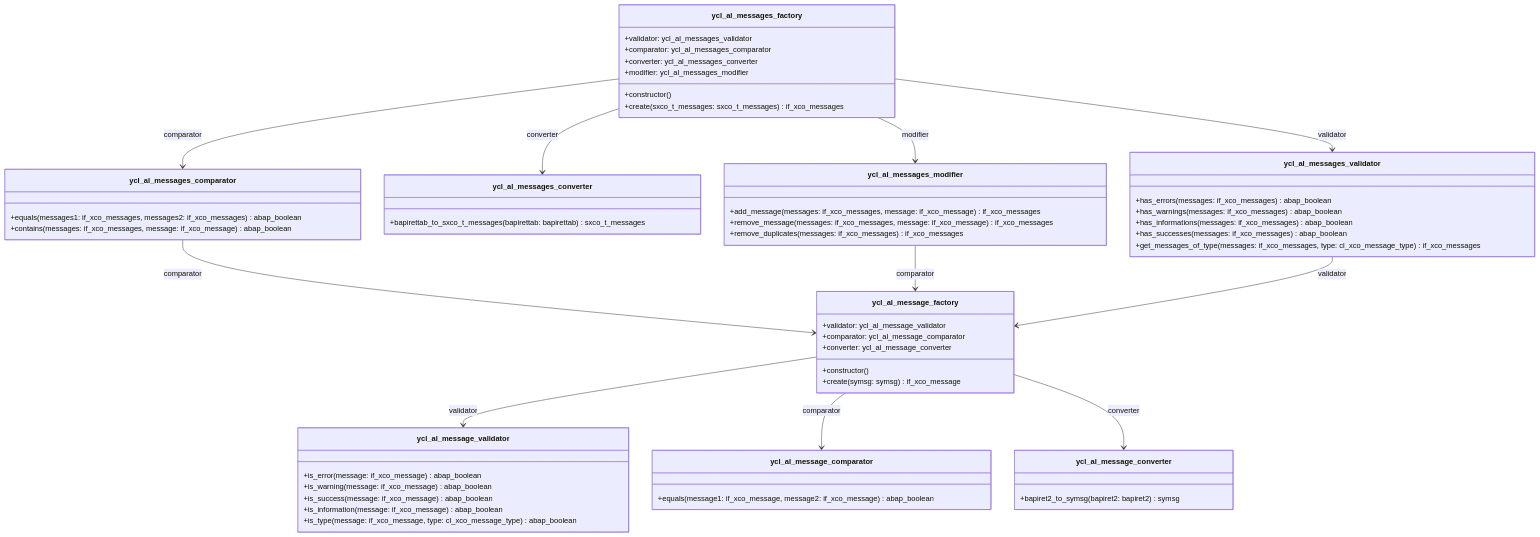
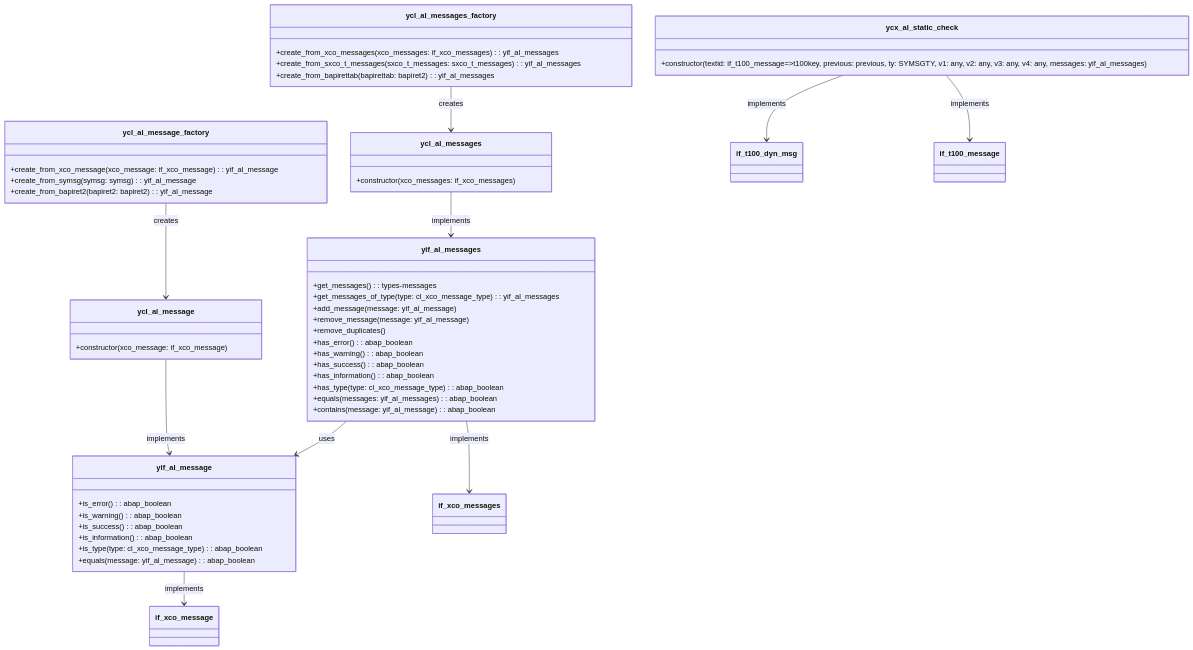
Before and after one commit to ArneVanHauwermeiren/ABAPAcceleratorLibrary: the diagram in src/yal_messaging/Documentation.md, drawn with Mermaid. The commit also changed other lines of this file, not shown here.

Commit message:
Update Documentation.md
Refactoring update

````diff
--- a/src/yal_messaging/Documentation.md
+++ b/src/yal_messaging/Documentation.md
@@ -2,74 +2,64 @@
 ```mermaid
 
 classDiagram
-class ycl_al_message_comparator {
-    +equals(message1: if_xco_message, message2: if_xco_message) abap_boolean
-}
+    class ycl_al_messages_factory {
+        +create_from_xco_messages(xco_messages: if_xco_messages): yif_al_messages
+        +create_from_sxco_t_messages(sxco_t_messages: sxco_t_messages): yif_al_messages
+        +create_from_bapirettab(bapirettab: bapiret2): yif_al_messages
+    }
+    
+    class yif_al_message {
+        +is_error(): abap_boolean
+        +is_warning(): abap_boolean
+        +is_success(): abap_boolean
+        +is_information(): abap_boolean
+        +is_type(type: cl_xco_message_type): abap_boolean
+        +equals(message: yif_al_message): abap_boolean
+    }
+    
+    class ycx_al_static_check {
+        +constructor(textid: if_t100_message=>t100key, previous: previous, ty: SYMSGTY, v1: any, v2: any, v3: any, v4: any, messages: yif_al_messages)
+    }
+    
+    class yif_al_messages {
+        +get_messages(): types-messages
+        +get_messages_of_type(type: cl_xco_message_type): yif_al_messages
+        +add_message(message: yif_al_message)
+        +remove_message(message: yif_al_message)
+        +remove_duplicates()
+        +has_error(): abap_boolean
+        +has_warning(): abap_boolean
+        +has_success(): abap_boolean
+        +has_information(): abap_boolean
+        +has_type(type: cl_xco_message_type): abap_boolean
+        +equals(messages: yif_al_messages): abap_boolean
+        +contains(message: yif_al_message): abap_boolean
+    }
+    
+    class ycl_al_message {
+        +constructor(xco_message: if_xco_message)
+    }
+    
+    class ycl_al_message_factory {
+        +create_from_xco_message(xco_message: if_xco_message): yif_al_message
+        +create_from_symsg(symsg: symsg): yif_al_message
+        +create_from_bapiret2(bapiret2: bapiret2): yif_al_message
+    }
+    
+    class ycl_al_messages {
+        +constructor(xco_messages: if_xco_messages)
+    }
 
-class ycl_al_message_converter {
-    +bapiret2_to_symsg(bapiret2: bapiret2) symsg
-}
+    ycl_al_messages_factory --> ycl_al_messages : creates
+    ycl_al_messages --> yif_al_messages : implements
+    yif_al_messages --> if_xco_messages : implements
+    yif_al_messages --> yif_al_message : uses
 
-class ycl_al_message_factory {
-    +validator: ycl_al_message_validator
-    +comparator: ycl_al_message_comparator
-    +converter: ycl_al_message_converter
-    +constructor()
-    +create(symsg: symsg) if_xco_message
-}
+    ycl_al_message_factory --> ycl_al_message : creates
+    ycl_al_message --> yif_al_message : implements
+    yif_al_message --> if_xco_message : implements
+   
 
-class ycl_al_message_validator {
-    +is_error(message: if_xco_message) abap_boolean
-    +is_warning(message: if_xco_message) abap_boolean
-    +is_success(message: if_xco_message) abap_boolean
-    +is_information(message: if_xco_message) abap_boolean
-    +is_type(message: if_xco_message, type: cl_xco_message_type) abap_boolean
-}
-
-class ycl_al_messages_comparator {
-    +equals(messages1: if_xco_messages, messages2: if_xco_messages) abap_boolean
-    +contains(messages: if_xco_messages, message: if_xco_message) abap_boolean
-}
-
-class ycl_al_messages_converter {
-    +bapirettab_to_sxco_t_messages(bapirettab: bapirettab) sxco_t_messages
-}
-
-class ycl_al_messages_factory {
-    +validator: ycl_al_messages_validator
-    +comparator: ycl_al_messages_comparator
-    +converter: ycl_al_messages_converter
-    +modifier: ycl_al_messages_modifier
-    +constructor()
-    +create(sxco_t_messages: sxco_t_messages) if_xco_messages
-}
-
-class ycl_al_messages_modifier {
-    +add_message(messages: if_xco_messages, message: if_xco_message) if_xco_messages
-    +remove_message(messages: if_xco_messages, message: if_xco_message) if_xco_messages
-    +remove_duplicates(messages: if_xco_messages) if_xco_messages
-}
-
-class ycl_al_messages_validator {
-    +has_errors(messages: if_xco_messages) abap_boolean
-    +has_warnings(messages: if_xco_messages) abap_boolean
-    +has_informations(messages: if_xco_messages) abap_boolean
-    +has_successes(messages: if_xco_messages) abap_boolean
-    +get_messages_of_type(messages: if_xco_messages, type: cl_xco_message_type) if_xco_messages
-}
-
-ycl_al_message_factory --> ycl_al_message_validator : validator
-ycl_al_message_factory --> ycl_al_message_comparator : comparator
-ycl_al_message_factory --> ycl_al_message_converter : converter
-
-ycl_al_messages_factory --> ycl_al_messages_validator : validator
-ycl_al_messages_factory --> ycl_al_messages_comparator : comparator
-ycl_al_messages_factory --> ycl_al_messages_converter : converter
-ycl_al_messages_factory --> ycl_al_messages_modifier : modifier
-
-ycl_al_messages_comparator --> ycl_al_message_factory : comparator
-
-ycl_al_messages_modifier --> ycl_al_message_factory : comparator
-
-ycl_al_messages_validator --> ycl_al_message_factory : validator
+    ycx_al_static_check --> if_t100_dyn_msg : implements
+    ycx_al_static_check --> if_t100_message : implements
 ```
````
